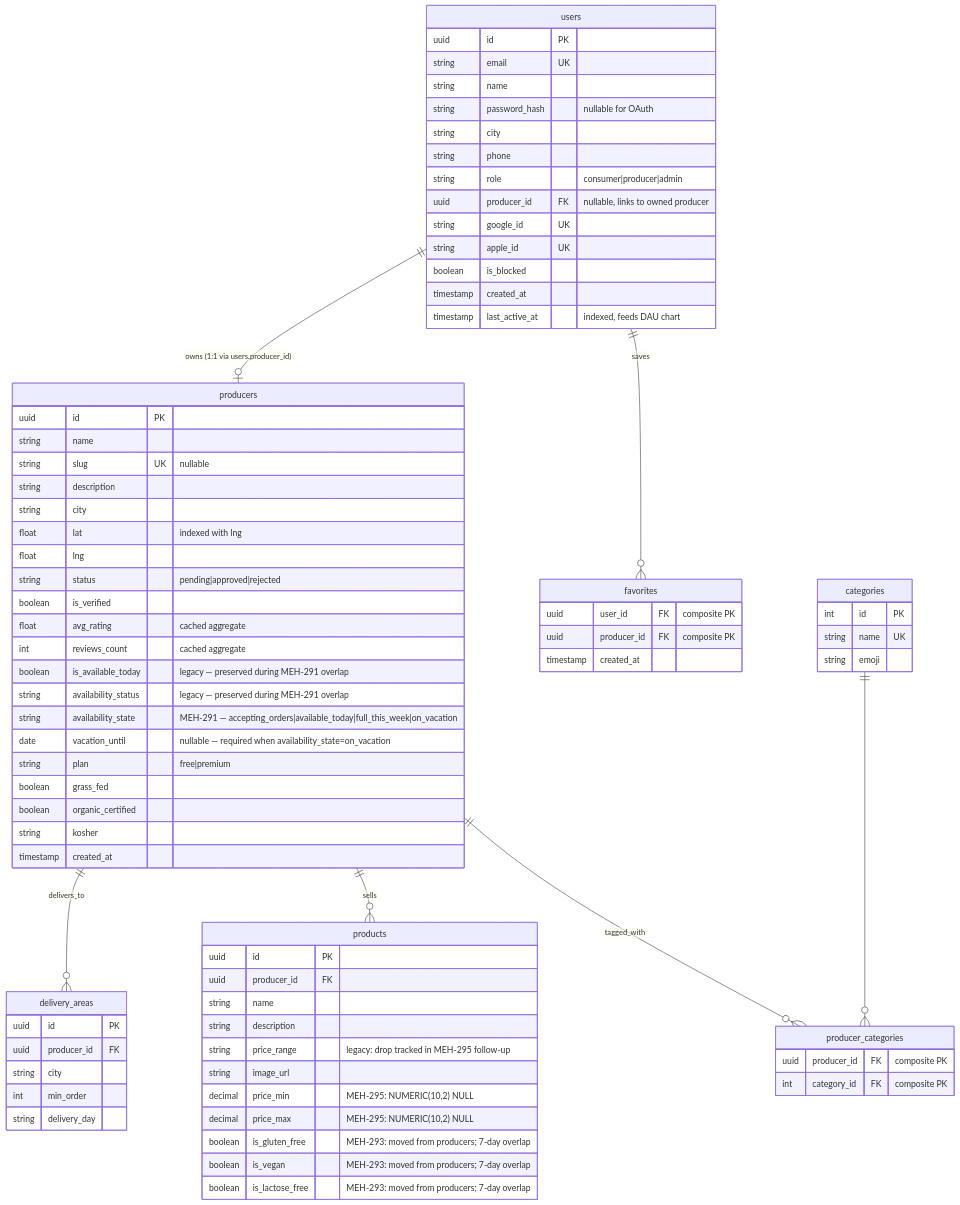
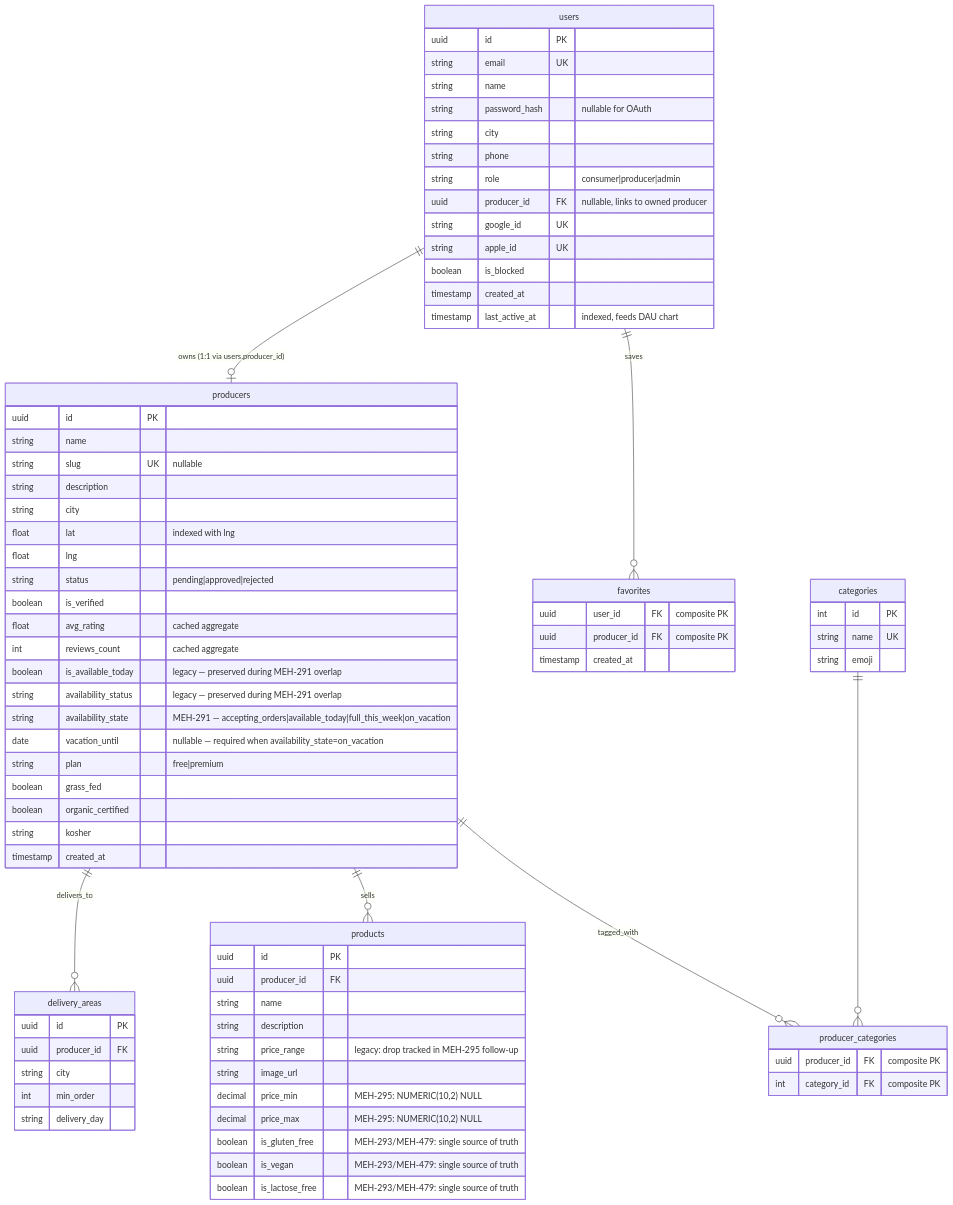
The first of 4 diagrams in .ai/diagrams/db-schema.md (levismadar80-ship-it/FoodMamkor), drawn with Mermaid before and after one commit. The commit also changed 11 other files, not shown here.

```diff
--- a/.ai/diagrams/db-schema.md
+++ b/.ai/diagrams/db-schema.md
@@ -75,9 +75,9 @@
         string image_url
         decimal price_min "MEH-295: NUMERIC(10,2) NULL"
         decimal price_max "MEH-295: NUMERIC(10,2) NULL"
-        boolean is_gluten_free "MEH-293: moved from producers; 7-day overlap"
-        boolean is_vegan "MEH-293: moved from producers; 7-day overlap"
-        boolean is_lactose_free "MEH-293: moved from producers; 7-day overlap"
+        boolean is_gluten_free "MEH-293/MEH-479: single source of truth"
+        boolean is_vegan "MEH-293/MEH-479: single source of truth"
+        boolean is_lactose_free "MEH-293/MEH-479: single source of truth"
     }
 
     delivery_areas {
```
